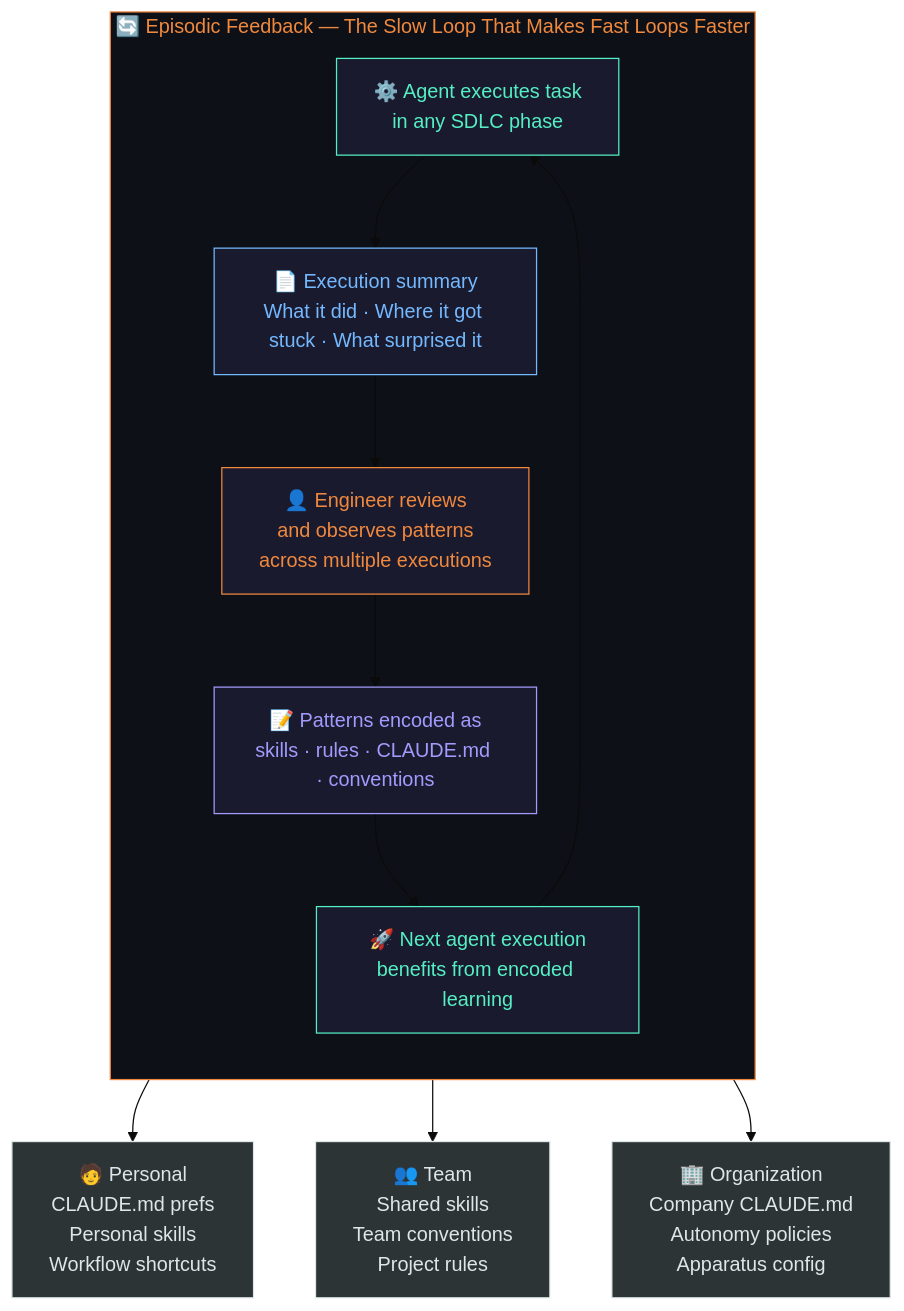
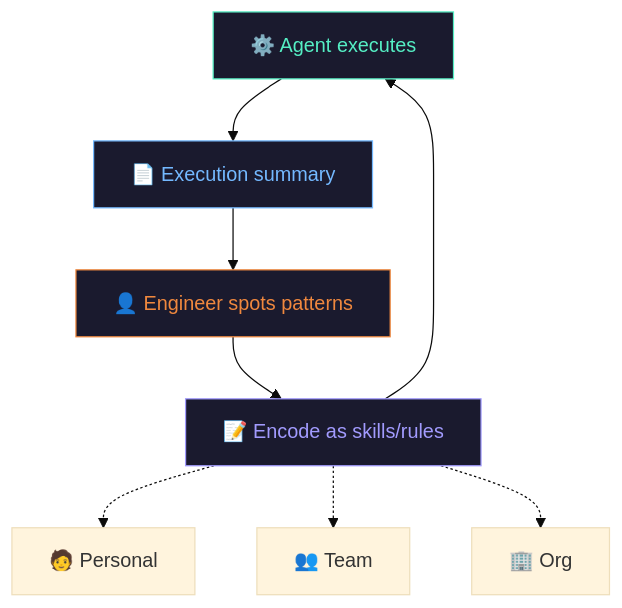
Before and after one commit to xlozinguez/ai-hype-watcher: the seventh of 8 diagrams in research/2026-04-04-sdlc-agent-feedback-loops.md, drawn with Mermaid (base theme). The commit also changed other lines of this file and 1 other file, not shown here.

First line of the commit message:
fix: Make diagrams mobile-friendly

````diff
--- a/research/2026-04-04-sdlc-agent-feedback-loops.md
+++ b/research/2026-04-04-sdlc-agent-feedback-loops.md
@@ -388,25 +343,16 @@
 ```mermaid
-graph TB
-    subgraph CYCLE["🔄 Episodic Feedback — The Slow Loop That Makes Fast Loops Faster"]
-        direction TB
-        EXEC["⚙️ Agent executes task\nin any SDLC phase"] --> SUMMARY["📄 Execution summary\nWhat it did · Where it got stuck · What surprised it"]
-        SUMMARY --> OBSERVE["👤 Engineer reviews\nand observes patterns\nacross multiple executions"]
-        OBSERVE --> ENCODE["📝 Patterns encoded as\nskills · rules · CLAUDE.md · conventions"]
-        ENCODE --> NEXT["🚀 Next agent execution\nbenefits from encoded learning"]
-        NEXT --> EXEC
-    end
+graph TD
+    EXEC["⚙️ Agent executes"] --> SUM["📄 Execution summary"]
+    SUM --> OBS["👤 Engineer spots patterns"]
+    OBS --> ENC["📝 Encode as skills/rules"]
+    ENC --> EXEC
 
-    ENCODE --> PERSONAL["🧑 Personal\nCLAUDE.md prefs\nPersonal skills\nWorkflow shortcuts"]
-    ENCODE --> TEAM["👥 Team\nShared skills\nTeam conventions\nProject rules"]
-    ENCODE --> ORG["🏢 Organization\nCompany CLAUDE.md\nAutonomy policies\nApparatus config"]
+    ENC -.-> P["🧑 Personal"]
+    ENC -.-> T["👥 Team"]
+    ENC -.-> O["🏢 Org"]
 
-    style CYCLE fill:#0d1117,stroke:#f0883e,color:#f0883e
     style EXEC fill:#1a1a2e,stroke:#55efc4,color:#55efc4
-    style SUMMARY fill:#1a1a2e,stroke:#74b9ff,color:#74b9ff
-    style OBSERVE fill:#1a1a2e,stroke:#f0883e,color:#f0883e
-    style ENCODE fill:#1a1a2e,stroke:#a29bfe,color:#a29bfe
-    style NEXT fill:#1a1a2e,stroke:#55efc4,color:#55efc4
-    style PERSONAL fill:#2d3436,stroke:#dfe6e9,color:#dfe6e9
-    style TEAM fill:#2d3436,stroke:#dfe6e9,color:#dfe6e9
-    style ORG fill:#2d3436,stroke:#dfe6e9,color:#dfe6e9
+    style SUM fill:#1a1a2e,stroke:#74b9ff,color:#74b9ff
+    style OBS fill:#1a1a2e,stroke:#f0883e,color:#f0883e
+    style ENC fill:#1a1a2e,stroke:#a29bfe,color:#a29bfe
 ```
````
